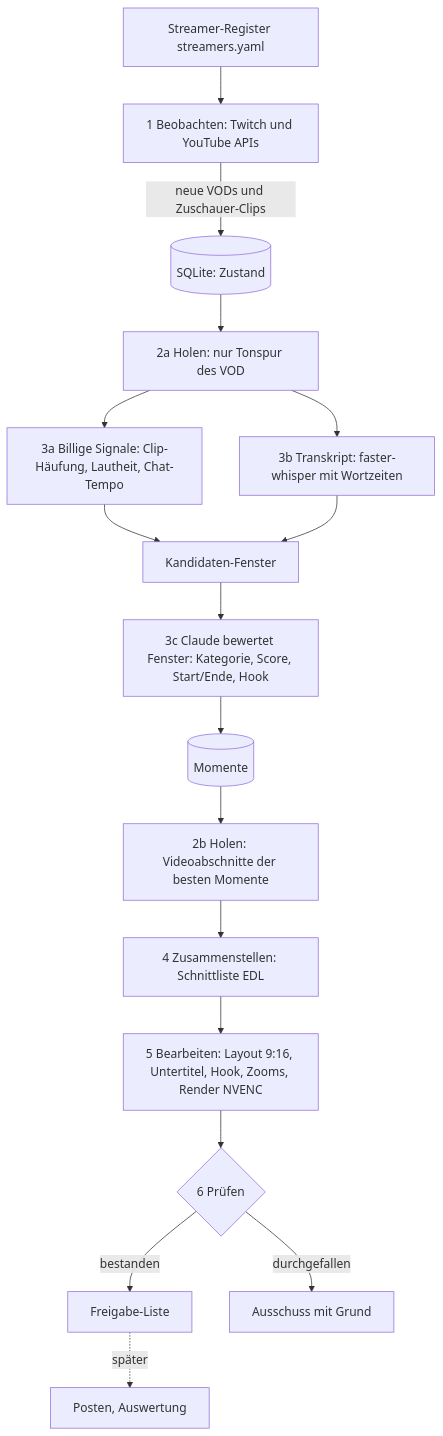
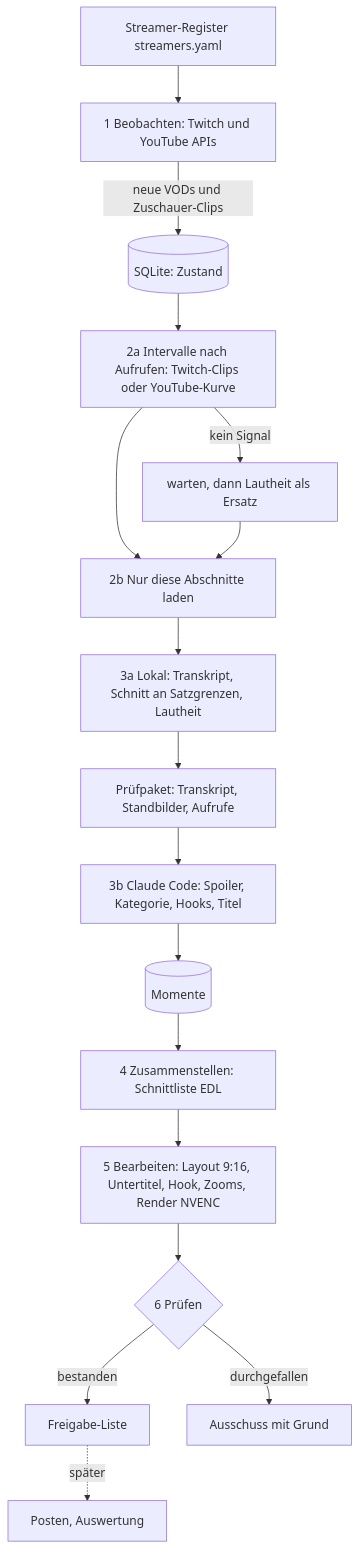
One commit to 011matthias/agentic-ops1.01 changed the diagram in workspace/projects/gta6-clipping/specs/1-spec/p1-clip-engine.md. Above: the diagram before and after it, drawn with Mermaid. The commit also changed other lines of this file and 1 other file, not shown here.

````diff
--- a/workspace/projects/gta6-clipping/specs/1-spec/p1-clip-engine.md
+++ b/workspace/projects/gta6-clipping/specs/1-spec/p1-clip-engine.md
@@ -66,19 +67,19 @@
 ```mermaid
 flowchart TD
     R[Streamer-Register streamers.yaml] --> B[1 Beobachten: Twitch und YouTube APIs]
     B -->|neue VODs und Zuschauer-Clips| DB[(SQLite: Zustand)]
-    DB --> H1[2a Holen: nur Tonspur des VOD]
-    H1 --> A1[3a Billige Signale: Clip-Häufung, Lautheit, Chat-Tempo]
-    H1 --> T[3b Transkript: faster-whisper mit Wortzeiten]
-    A1 --> K[Kandidaten-Fenster]
-    T --> K
-    K --> L[3c Claude bewertet Fenster: Kategorie, Score, Start/Ende, Hook]
-    L --> M[(Momente)]
-    M --> H2[2b Holen: Videoabschnitte der besten Momente]
-    H2 --> Z[4 Zusammenstellen: Schnittliste EDL]
+    DB --> I[2a Intervalle nach Aufrufen: Twitch-Clips oder YouTube-Kurve]
+    I -->|kein Signal| W[warten, dann Lautheit als Ersatz]
+    I --> H[2b Nur diese Abschnitte laden]
+    W --> H
+    H --> T[3a Lokal: Transkript, Schnitt an Satzgrenzen, Lautheit]
+    T --> RP[Prüfpaket: Transkript, Standbilder, Aufrufe]
+    RP --> CC[3b Claude Code: Spoiler, Kategorie, Hooks, Titel]
+    CC --> M[(Momente)]
+    M --> Z[4 Zusammenstellen: Schnittliste EDL]
     Z --> E[5 Bearbeiten: Layout 9:16, Untertitel, Hook, Zooms, Render NVENC]
     E --> P{6 Prüfen}
     P -->|bestanden| F[Freigabe-Liste]
     P -->|durchgefallen| X[Ausschuss mit Grund]
     F -.später.-> POST[Posten, Auswertung]
 ```
````
